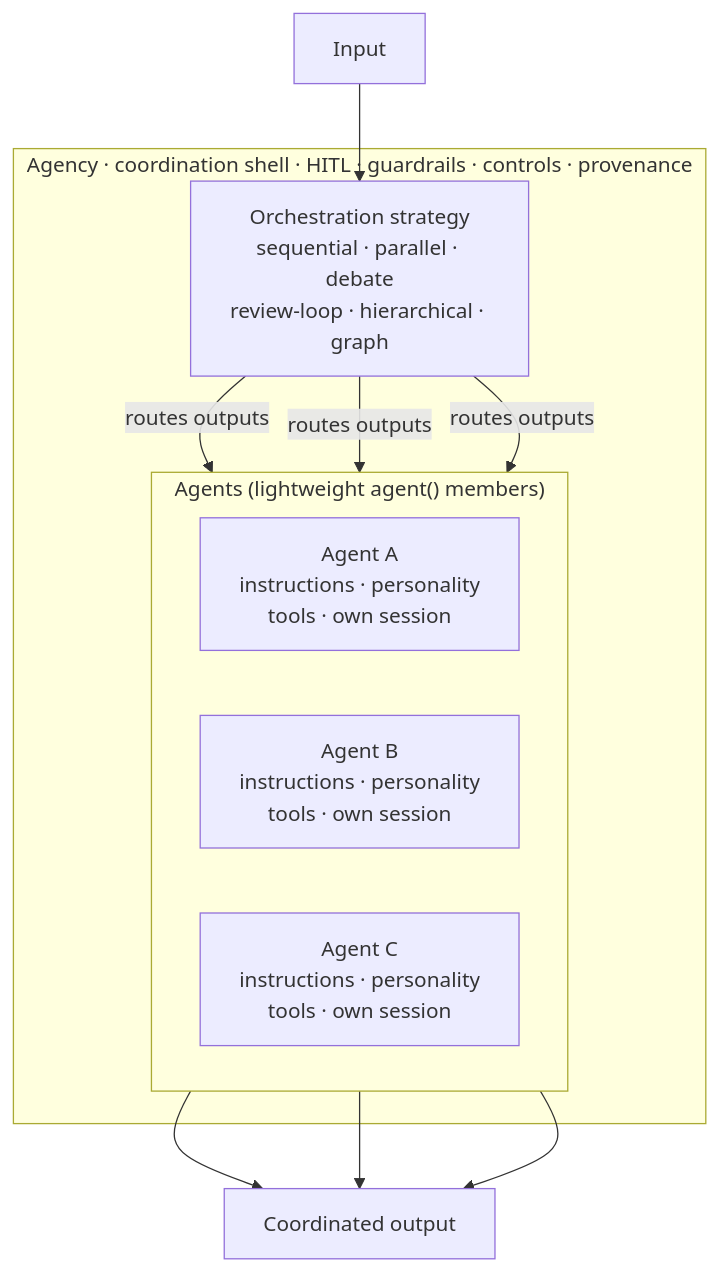
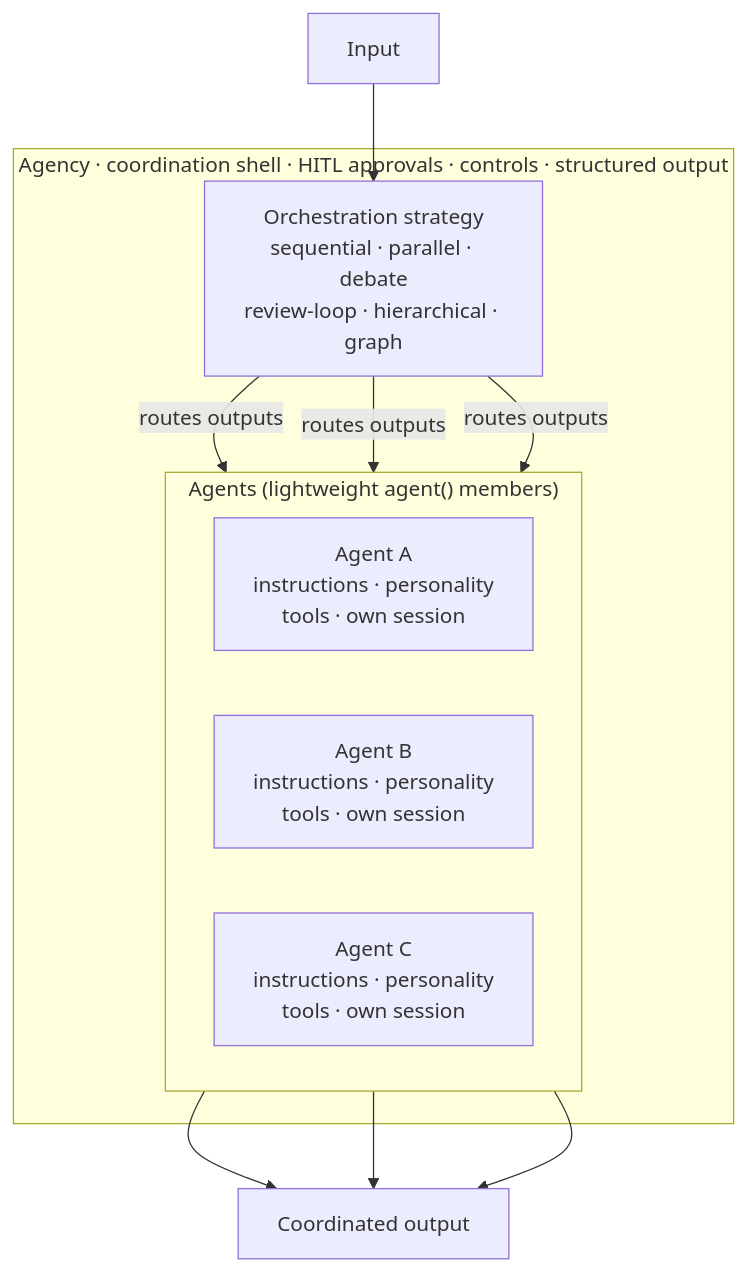
Before and after one commit to framerslab/agentos: the diagram in docs/orchestration/AGENCY_API.md, drawn with Mermaid. The commit also changed other lines of this file and 2 other files, not shown here.

Commit message:
docs(agency): declare the sample's memory provider, give the team a model, drop the options agency() defers

````diff
--- a/docs/orchestration/AGENCY_API.md
+++ b/docs/orchestration/AGENCY_API.md
@@ -64,20 +67,20 @@
 ```mermaid
 graph TB
     Input["Input"]
-    subgraph Agency["Agency · coordination shell · HITL · guardrails · controls · provenance"]
+    subgraph Agency["Agency · coordination shell · HITL approvals · controls · structured output"]
         Strategy["Orchestration strategy<br/>sequential · parallel · debate<br/>review-loop · hierarchical · graph"]
         subgraph Members["Agents (lightweight agent() members)"]
             direction LR
             A["Agent A<br/>instructions · personality<br/>tools · own session"]
             B["Agent B<br/>instructions · personality<br/>tools · own session"]
             C["Agent C<br/>instructions · personality<br/>tools · own session"]
         end
         Strategy -->|routes outputs| A
         Strategy -->|routes outputs| B
         Strategy -->|routes outputs| C
     end
     Input --> Strategy
     A --> Output["Coordinated output"]
     B --> Output
     C --> Output
 ```
````
